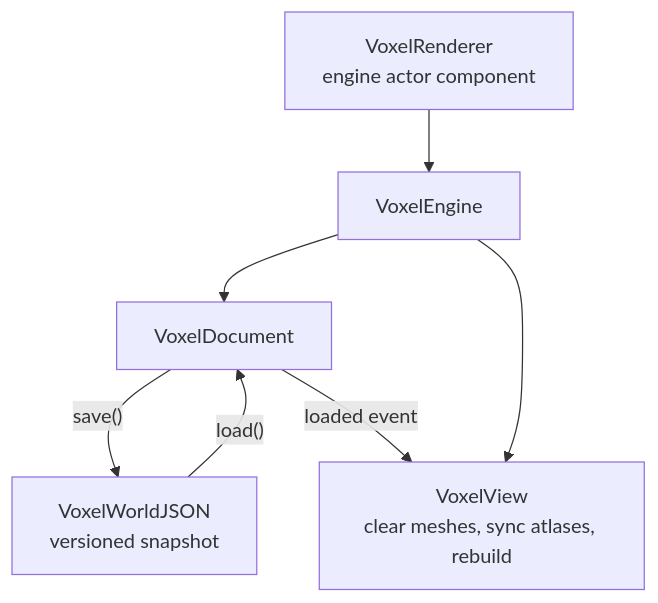
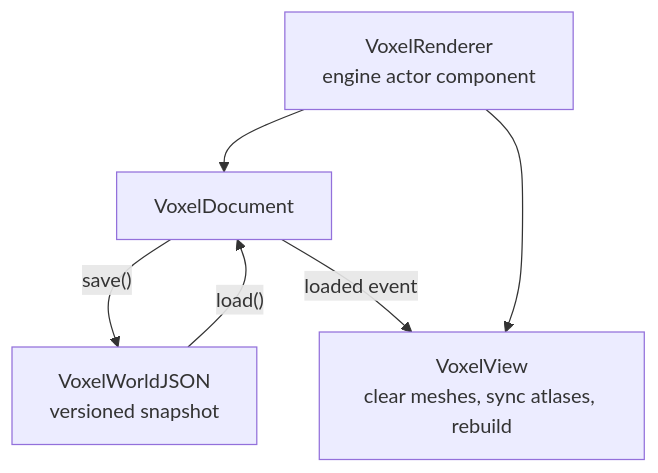
Before and after one commit to JollyPixel/editor: the fourth of 4 diagrams in packages/voxel-renderer/ARCHITECTURE.md, drawn with Mermaid. The commit also changed other lines of this file and 559 other files, not shown here.

Commit message:
refactor(voxel-renderer)!: major revamp with document/view split

````diff
--- a/packages/voxel-renderer/ARCHITECTURE.md
+++ b/packages/voxel-renderer/ARCHITECTURE.md
@@ -105,9 +93,8 @@
 ```mermaid
 flowchart TB
     Document["VoxelDocument"] -->|"save()"| Snapshot["VoxelWorldJSON<br/>versioned snapshot"]
     Snapshot -->|"load()"| Document
     Document -->|"loaded event"| View["VoxelView<br/>clear meshes, sync atlases, rebuild"]
-    Plugin["VoxelRenderer<br/>engine actor component"] --> Engine["VoxelEngine"]
-    Engine --> Document
-    Engine --> View
+    Plugin["VoxelRenderer<br/>engine actor component"] --> Document
+    Plugin --> View
 ```
````
